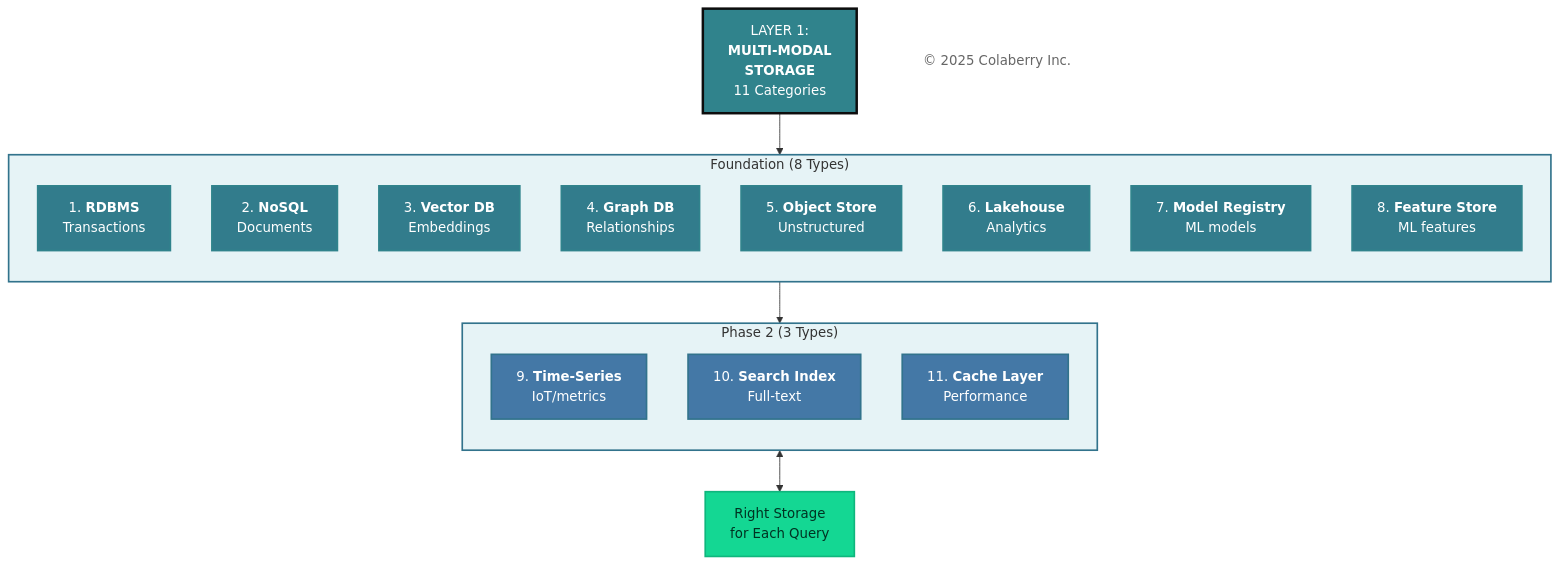
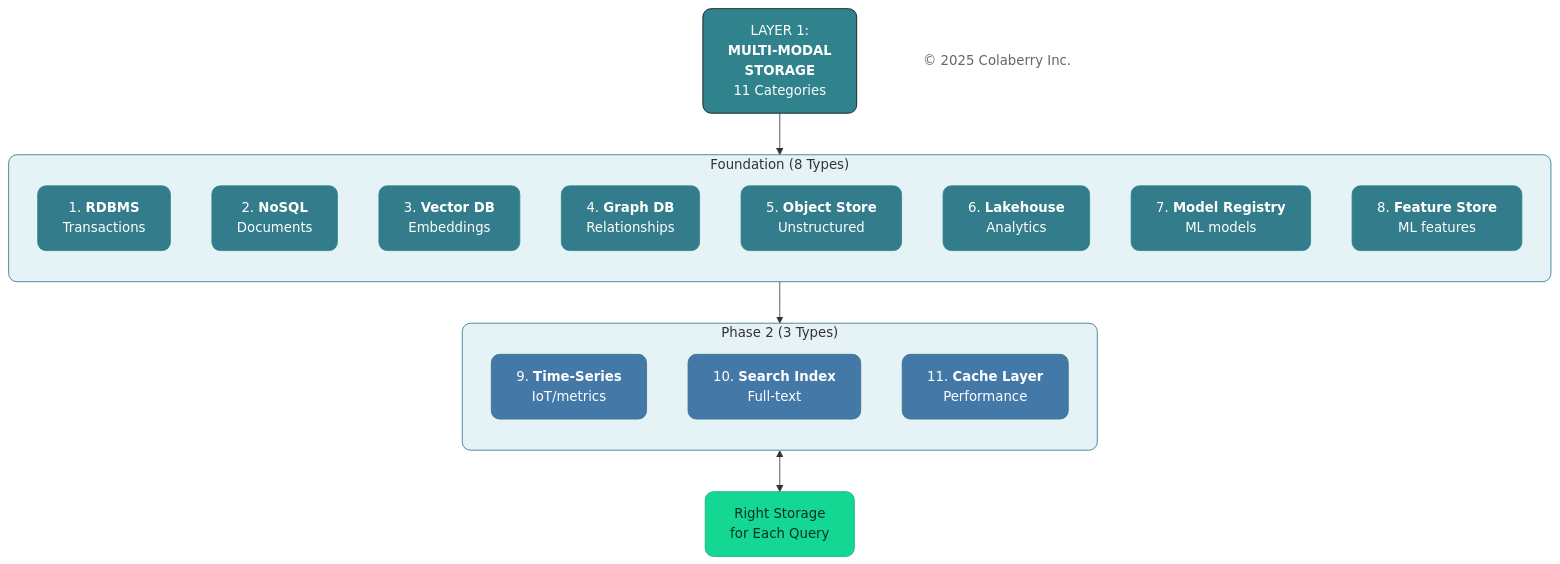
The fifth of 11 diagrams in manuscript/05_chapter_4_foundation_layers.md (colaberry/trust-before-intelligence-book), drawn with Mermaid before and after one commit. The commit also changed other lines of this file and 12 other files, not shown here.

````diff
--- a/manuscript/05_chapter_4_foundation_layers.md
+++ b/manuscript/05_chapter_4_foundation_layers.md
@@ -408,48 +408,48 @@
 ```mermaid
 
 graph TB
     TITLE["LAYER 1:<br/><b>MULTI-MODAL</b><br/><b>STORAGE</b><br/>11 Categories"]
     
     subgraph FOUNDATION["Foundation (8 Types)"]
         direction TB
         S1["1. <b>RDBMS</b><br/>Transactions"]
         S2["2. <b>NoSQL</b><br/>Documents"]
         S3["3. <b>Vector DB</b><br/>Embeddings"]
         S4["4. <b>Graph DB</b><br/>Relationships"]
         S5["5. <b>Object Store</b><br/>Unstructured"]
         S6["6. <b>Lakehouse</b><br/>Analytics"]
         S7["7. <b>Model Registry</b><br/>ML models"]
         S8["8. <b>Feature Store</b><br/>ML features"]
     end
     
     subgraph PHASE2["Phase 2 (3 Types)"]
         direction TB
         S9["9. <b>Time-Series</b><br/>IoT/metrics"]
         S10["10. <b>Search Index</b><br/>Full-text"]
         S11["11. <b>Cache Layer</b><br/>Performance"]
     end
     
     OUTPUT["Right Storage<br/>for Each Query"]
     
     Copyright["© 2025 Colaberry Inc."]
     
     TITLE --> FOUNDATION --> PHASE2 <--> OUTPUT
     
-    style TITLE fill:#30838C,color:#ffffff,stroke:#0D0D0D,stroke-width:3px
-    style FOUNDATION fill:#E6F3F6,stroke:#32738C,stroke-width:2px
-    style PHASE2 fill:#E6F3F6,stroke:#32738C,stroke-width:2px
-    style S1 fill:#327C8C,stroke:#30838C,stroke-width:2px,color:#ffffff
-    style S2 fill:#327C8C,stroke:#30838C,stroke-width:2px,color:#ffffff
-    style S3 fill:#327C8C,stroke:#30838C,stroke-width:2px,color:#ffffff
-    style S4 fill:#327C8C,stroke:#30838C,stroke-width:2px,color:#ffffff
-    style S5 fill:#327C8C,stroke:#30838C,stroke-width:2px,color:#ffffff
-    style S6 fill:#327C8C,stroke:#30838C,stroke-width:2px,color:#ffffff
-    style S7 fill:#327C8C,stroke:#30838C,stroke-width:2px,color:#ffffff
-    style S8 fill:#327C8C,stroke:#30838C,stroke-width:2px,color:#ffffff
-    style S9 fill:#4478A6,stroke:#32738C,stroke-width:2px,color:#ffffff
-    style S10 fill:#4478A6,stroke:#32738C,stroke-width:2px,color:#ffffff
-    style S11 fill:#4478A6,stroke:#32738C,stroke-width:2px,color:#ffffff
-    style OUTPUT fill:#14D793,color:#003322,stroke:#0FB67D,stroke-width:2px
-    style Copyright fill:#ffffff,stroke:none,color:#666666
+    style TITLE fill:#30838C,color:#ffffff,stroke:#0D0D0D,stroke-width:1px,rx:10,ry:10
+    style FOUNDATION fill:#E6F3F6,stroke:#32738C,stroke-width:1px,rx:10,ry:10
+    style PHASE2 fill:#E6F3F6,stroke:#32738C,stroke-width:1px,rx:10,ry:10
+    style S1 fill:#327C8C,stroke:#30838C,stroke-width:1px,color:#ffffff,rx:10,ry:10
+    style S2 fill:#327C8C,stroke:#30838C,stroke-width:1px,color:#ffffff,rx:10,ry:10
+    style S3 fill:#327C8C,stroke:#30838C,stroke-width:1px,color:#ffffff,rx:10,ry:10
+    style S4 fill:#327C8C,stroke:#30838C,stroke-width:1px,color:#ffffff,rx:10,ry:10
+    style S5 fill:#327C8C,stroke:#30838C,stroke-width:1px,color:#ffffff,rx:10,ry:10
+    style S6 fill:#327C8C,stroke:#30838C,stroke-width:1px,color:#ffffff,rx:10,ry:10
+    style S7 fill:#327C8C,stroke:#30838C,stroke-width:1px,color:#ffffff,rx:10,ry:10
+    style S8 fill:#327C8C,stroke:#30838C,stroke-width:1px,color:#ffffff,rx:10,ry:10
+    style S9 fill:#4478A6,stroke:#32738C,stroke-width:1px,color:#ffffff,rx:10,ry:10
+    style S10 fill:#4478A6,stroke:#32738C,stroke-width:1px,color:#ffffff,rx:10,ry:10
+    style S11 fill:#4478A6,stroke:#32738C,stroke-width:1px,color:#ffffff,rx:10,ry:10
+    style OUTPUT fill:#14D793,color:#003322,stroke:#0FB67D,stroke-width:1px,rx:10,ry:10
+    style Copyright fill:none,stroke:none,color:#666666
 
 ```
````
